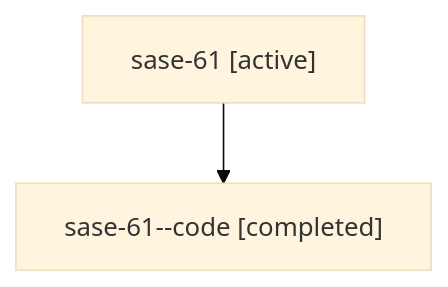
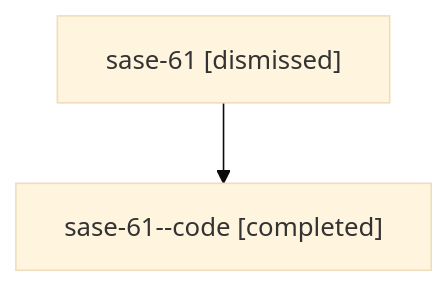
Before and after one commit to sase-org/sase--agents: the diagram in sessions/bbugyi200.athena.sase-61.md, drawn with Mermaid (base theme). The commit also changed other lines of this file and 46 other files, not shown here.

````diff
--- a/sessions/bbugyi200.athena.sase-61.md
+++ b/sessions/bbugyi200.athena.sase-61.md
@@ -9,6 +9,6 @@
 ```mermaid
 flowchart TD
-  n0["sase-61 [active]"]
+  n0["sase-61 [dismissed]"]
   n1["sase-61--code [completed]"]
   n0 --> n1
 ```
````
